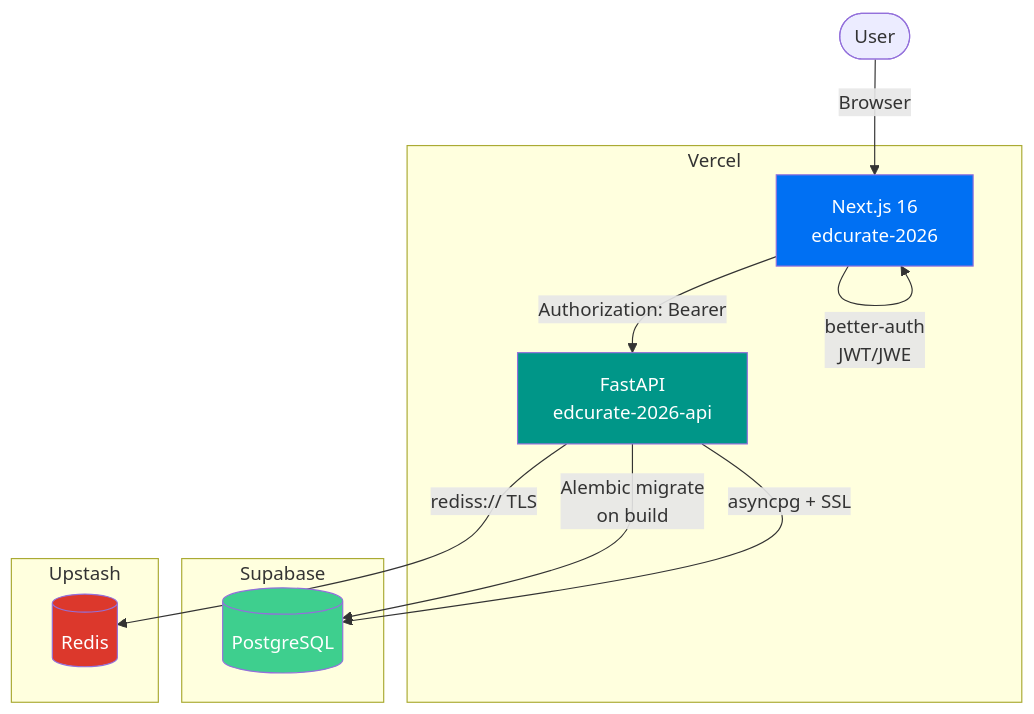
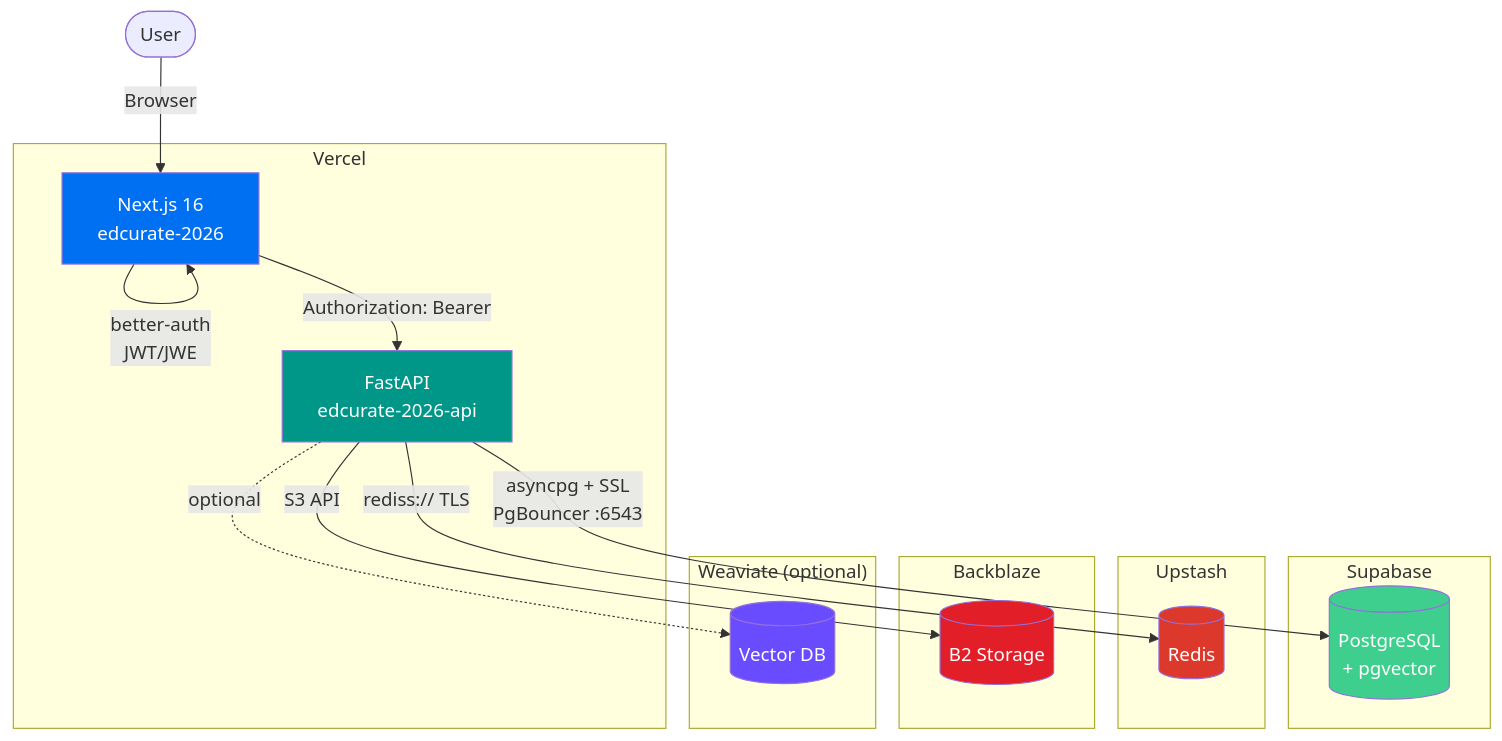
The diagram in docs/ARCHITECTURE.md (wooloolies/edcurate), drawn with Mermaid before and after one commit. The commit also changed other lines of this file, not shown here.

Commit message:
docs: update architecture diagram with B2, pgvector, Weaviate
Generated with oh-my-agent

````diff
--- a/docs/ARCHITECTURE.md
+++ b/docs/ARCHITECTURE.md
@@ -5,27 +5,38 @@
 ```mermaid
 graph TB
     subgraph Vercel
         WEB[Next.js 16<br/>edcurate-2026]
         API[FastAPI<br/>edcurate-2026-api]
     end
 
     subgraph Supabase
-        PG[(PostgreSQL)]
+        PG[(PostgreSQL<br/>+ pgvector)]
     end
 
     subgraph Upstash
         REDIS[(Redis)]
     end
 
+    subgraph Backblaze
+        B2[(B2 Storage)]
+    end
+
+    subgraph Weaviate["Weaviate (optional)"]
+        VDB[(Vector DB)]
+    end
+
     USER([User]) -->|Browser| WEB
     WEB -->|better-auth<br/>JWT/JWE| WEB
     WEB -->|Authorization: Bearer| API
-    API -->|asyncpg + SSL| PG
+    API -->|asyncpg + SSL<br/>PgBouncer :6543| PG
     API -->|rediss:// TLS| REDIS
-    API -->|Alembic migrate<br/>on build| PG
+    API -->|S3 API| B2
+    API -.->|optional| VDB
 
     style WEB fill:#0070f3,color:#fff
     style API fill:#009688,color:#fff
     style PG fill:#3ecf8e,color:#fff
     style REDIS fill:#dc382c,color:#fff
+    style B2 fill:#e21e29,color:#fff
+    style VDB fill:#6a4cff,color:#fff
 ```
````
